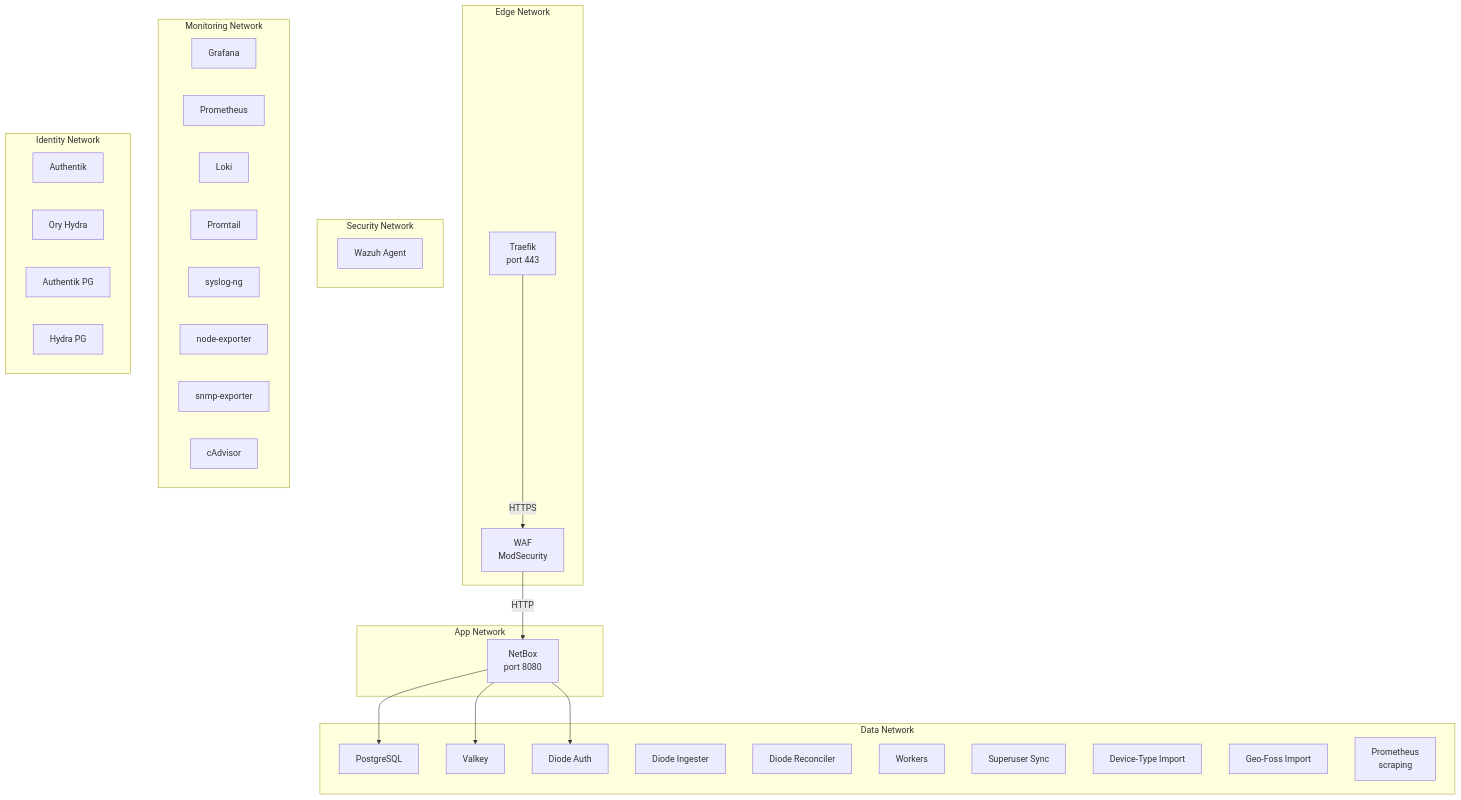
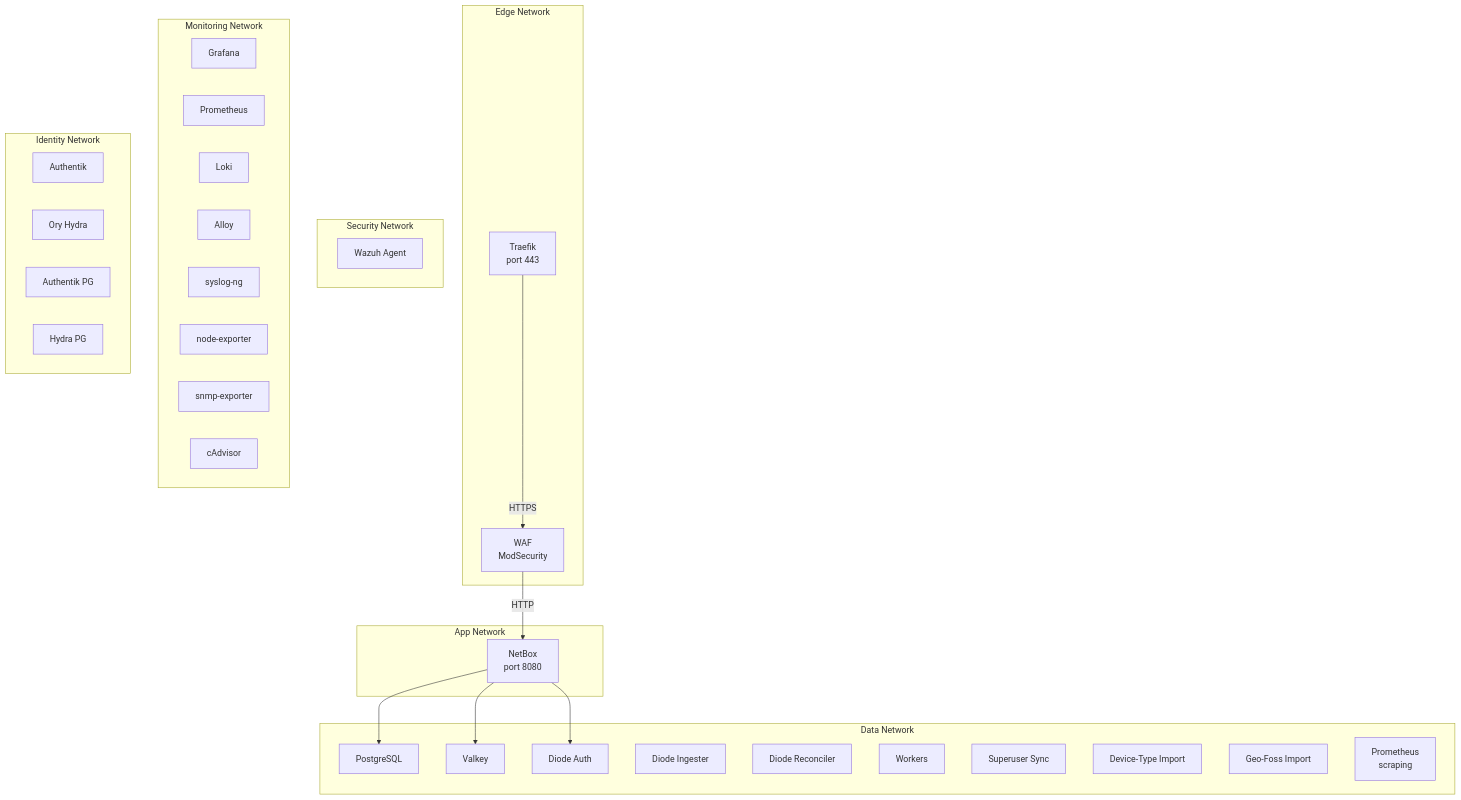
One commit to nullroute-commits/ultimate_info_gather changed the diagram in docs/factory/networking.md. Above: the diagram before and after it, drawn with Mermaid. The commit also changed other lines of this file and 7 other files, not shown here.

First line of the commit message:
docs: update all documentation for enter-the-metrics 706ed92 (Promtail → Alloy, new image versions)

````diff
--- a/docs/factory/networking.md
+++ b/docs/factory/networking.md
@@ -7,54 +7,54 @@
 ```mermaid
 graph TB
     subgraph edge["Edge Network"]
         T[Traefik<br/>port 443]
         W[WAF<br/>ModSecurity]
     end
 
     subgraph app["App Network"]
         W
         NB[NetBox<br/>port 8080]
     end
 
     subgraph data["Data Network"]
         NB
         PG[PostgreSQL]
         VK[Valkey]
         DA[Diode Auth]
         DI[Diode Ingester]
         DR[Diode Reconciler]
         WK[Workers]
         SS[Superuser Sync]
         DTI[Device-Type Import]
         GF[Geo-Foss Import]
         PM[Prometheus<br/>scraping]
     end
 
     subgraph security["Security Network"]
         WZ[Wazuh Agent]
     end
 
     subgraph monitoring["Monitoring Network"]
         GR[Grafana]
         PM2[Prometheus]
         LK[Loki]
-        PT[Promtail]
+        AL[Alloy]
         SNG[syslog-ng]
         NE[node-exporter]
         SE[snmp-exporter]
         CA[cAdvisor]
     end
 
     subgraph identity["Identity Network"]
         AK[Authentik]
         HY[Ory Hydra]
         APG[Authentik PG]
         HPG[Hydra PG]
     end
 
     T -->|HTTPS| W
     W -->|HTTP| NB
     NB --> PG
     NB --> VK
     NB --> DA
 ```
````
